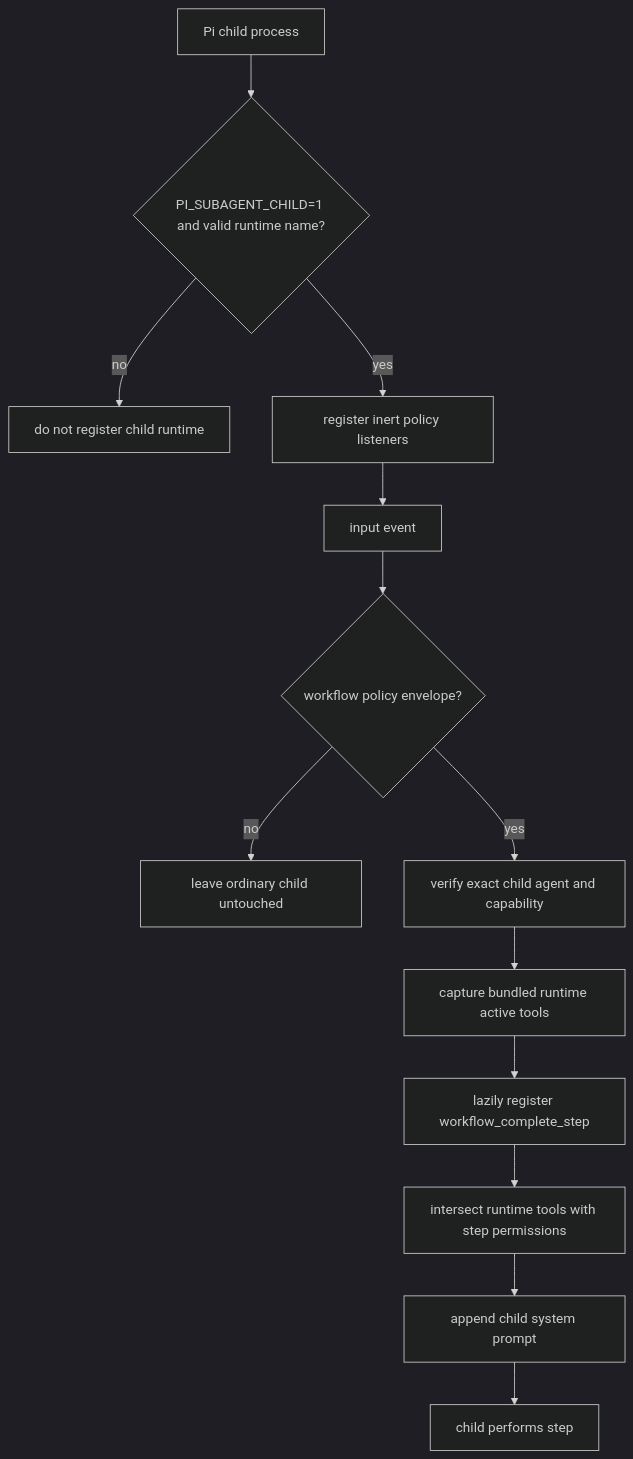
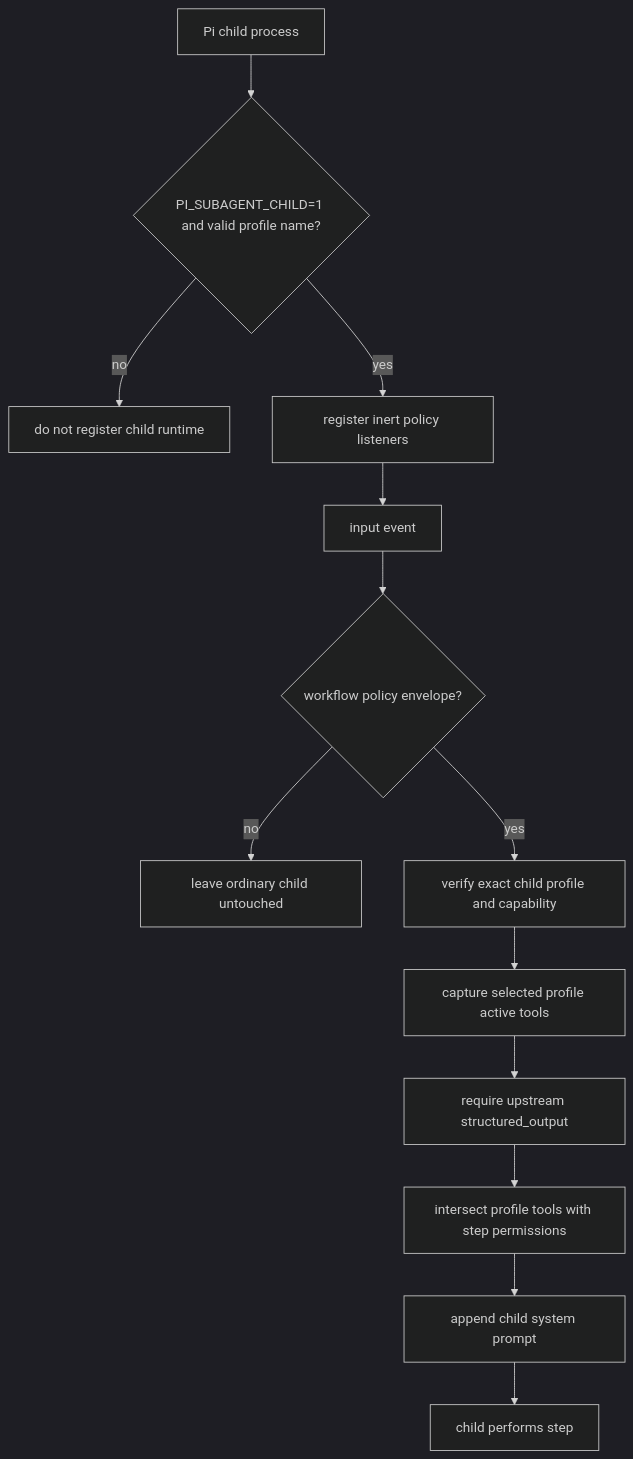
The third of 6 diagrams in openwiki/integrations/subagents.md (wichayutdew/pi-workflows), drawn with Mermaid (dark theme) before and after one commit. The commit also changed other lines of this file and 42 other files, not shown here.

````diff
--- a/openwiki/integrations/subagents.md
+++ b/openwiki/integrations/subagents.md
@@ -52,15 +56,15 @@
 ```mermaid
 flowchart TD
-  PiChild[Pi child process] --> Env{PI_SUBAGENT_CHILD=1 and valid runtime name?}
+  PiChild[Pi child process] --> Env{PI_SUBAGENT_CHILD=1 and valid profile name?}
   Env -- no --> Stop[do not register child runtime]
   Env -- yes --> Runtime[register inert policy listeners]
   Runtime --> Input[input event]
   Input --> Envelope{workflow policy envelope?}
   Envelope -- no --> Ordinary[leave ordinary child untouched]
-  Envelope -- yes --> Verify[verify exact child agent and capability]
-  Verify --> Baseline[capture bundled runtime active tools]
-  Baseline --> Complete[lazily register workflow_complete_step]
-  Complete --> Narrow[intersect runtime tools with step permissions]
+  Envelope -- yes --> Verify[verify exact child profile and capability]
+  Verify --> Baseline[capture selected profile active tools]
+  Baseline --> Complete[require upstream structured_output]
+  Complete --> Narrow[intersect profile tools with step permissions]
   Narrow --> Prompt[append child system prompt]
   Prompt --> Work[child performs step]
 ```
````
